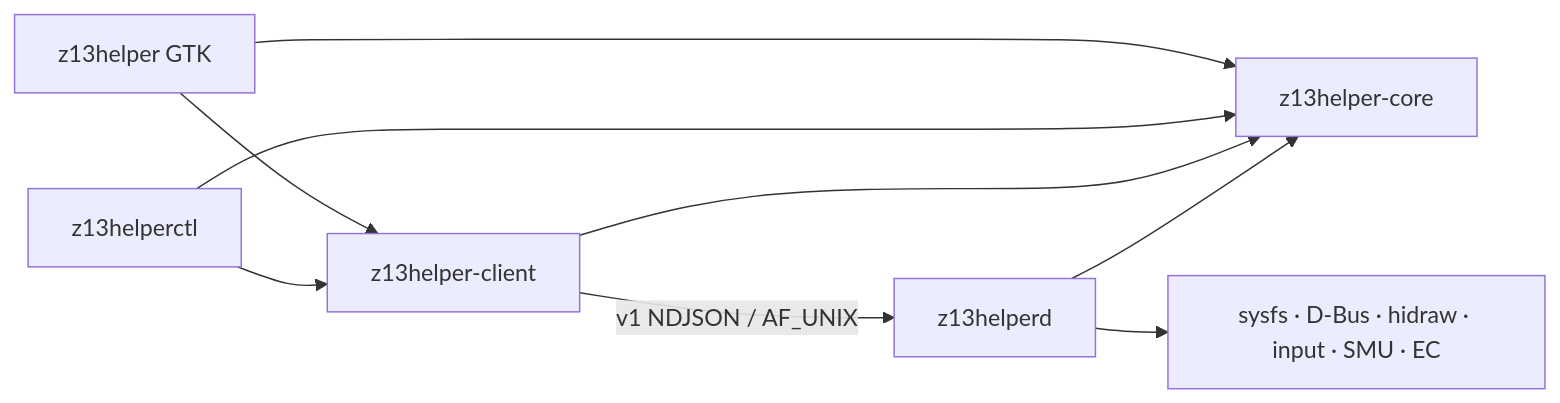
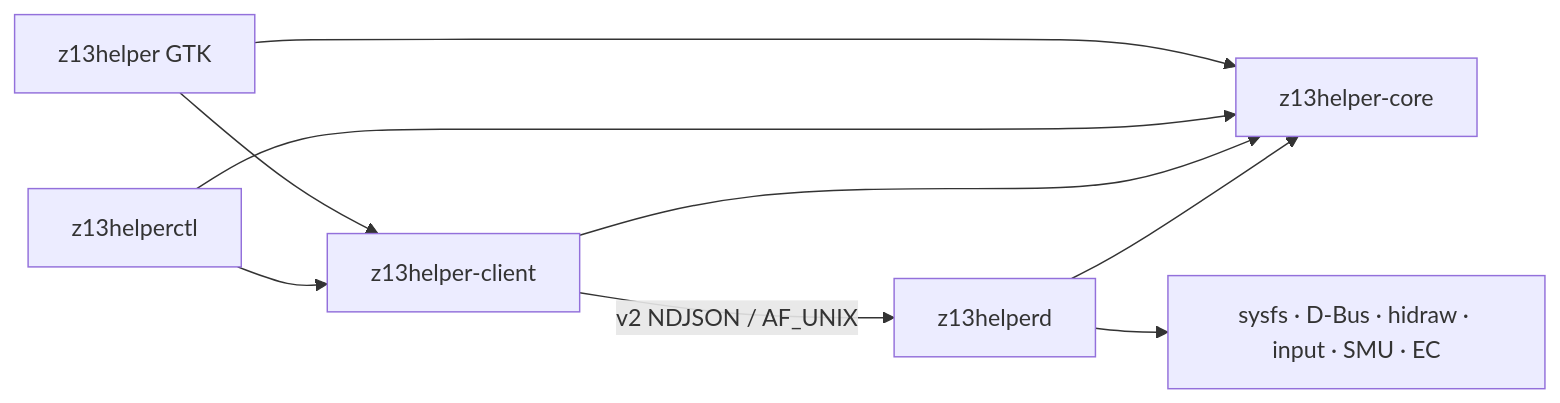
The diagram in ARCHITECTURE.md (UHDbits/z13helper), drawn with Mermaid before and after one commit. The commit also changed other lines of this file and 6 other files, not shown here.

````diff
--- a/ARCHITECTURE.md
+++ b/ARCHITECTURE.md
@@ -19,11 +19,11 @@
 ```mermaid
 flowchart LR
   GUI["z13helper GTK"] --> CLIENT["z13helper-client"]
   CLI["z13helperctl"] --> CLIENT
   GUI --> CORE["z13helper-core"]
   CLI --> CORE
   CLIENT --> CORE
-  CLIENT -->|"v1 NDJSON / AF_UNIX"| DAEMON["z13helperd"]
+  CLIENT -->|"v2 NDJSON / AF_UNIX"| DAEMON["z13helperd"]
   DAEMON --> CORE
   DAEMON --> HW["sysfs · D-Bus · hidraw · input · SMU · EC"]
 ```
````
